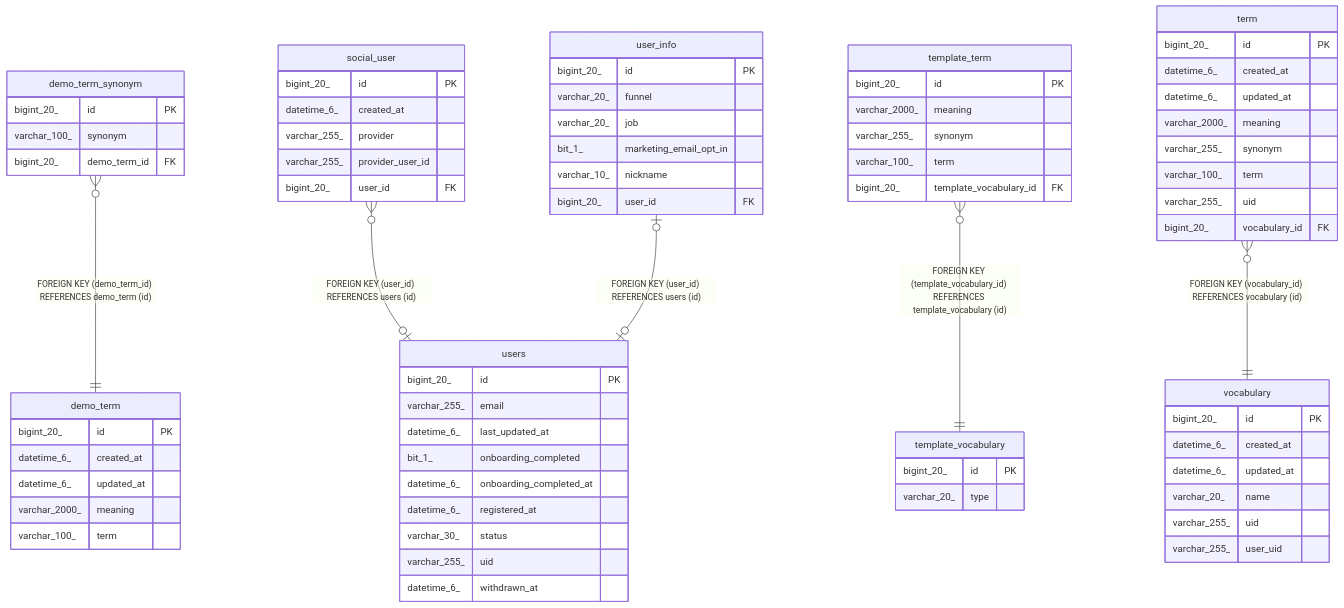
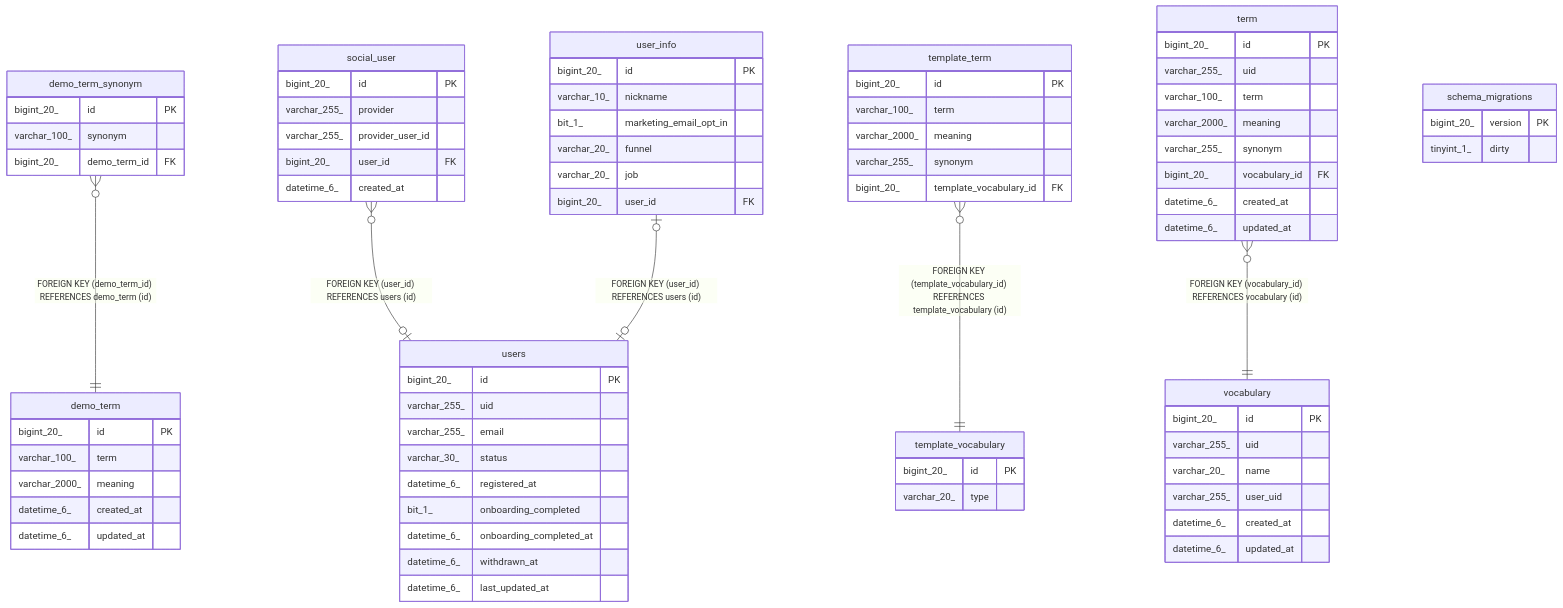
One commit to makevook/vook-server changed the diagram in docs/schema/README.md. Above: the diagram before and after it, drawn with Mermaid. The commit also changed other lines of this file and 11 other files, not shown here.

````diff
--- a/docs/schema/README.md
+++ b/docs/schema/README.md
@@ -19,77 +20,81 @@
 ```mermaid
 erDiagram
 
 "demo_term_synonym" }o--|| "demo_term" : "FOREIGN KEY (demo_term_id) REFERENCES demo_term (id)"
 "social_user" }o--o| "users" : "FOREIGN KEY (user_id) REFERENCES users (id)"
 "template_term" }o--|| "template_vocabulary" : "FOREIGN KEY (template_vocabulary_id) REFERENCES template_vocabulary (id)"
 "term" }o--|| "vocabulary" : "FOREIGN KEY (vocabulary_id) REFERENCES vocabulary (id)"
 "user_info" |o--o| "users" : "FOREIGN KEY (user_id) REFERENCES users (id)"
 
 "demo_term" {
   bigint_20_ id PK
+  varchar_100_ term
+  varchar_2000_ meaning
   datetime_6_ created_at
   datetime_6_ updated_at
-  varchar_2000_ meaning
-  varchar_100_ term
 }
 "demo_term_synonym" {
   bigint_20_ id PK
   varchar_100_ synonym
   bigint_20_ demo_term_id FK
 }
+"schema_migrations" {
+  bigint_20_ version PK
+  tinyint_1_ dirty
+}
 "social_user" {
   bigint_20_ id PK
-  datetime_6_ created_at
   varchar_255_ provider
   varchar_255_ provider_user_id
   bigint_20_ user_id FK
+  datetime_6_ created_at
 }
 "template_term" {
   bigint_20_ id PK
+  varchar_100_ term
   varchar_2000_ meaning
   varchar_255_ synonym
-  varchar_100_ term
   bigint_20_ template_vocabulary_id FK
 }
 "template_vocabulary" {
   bigint_20_ id PK
   varchar_20_ type
 }
 "term" {
   bigint_20_ id PK
+  varchar_255_ uid
+  varchar_100_ term
+  varchar_2000_ meaning
+  varchar_255_ synonym
+  bigint_20_ vocabulary_id FK
   datetime_6_ created_at
   datetime_6_ updated_at
-  varchar_2000_ meaning
-  varchar_255_ synonym
-  varchar_100_ term
-  varchar_255_ uid
-  bigint_20_ vocabulary_id FK
 }
 "users" {
   bigint_20_ id PK
+  varchar_255_ uid
   varchar_255_ email
-  datetime_6_ last_updated_at
+  varchar_30_ status
+  datetime_6_ registered_at
   bit_1_ onboarding_completed
   datetime_6_ onboarding_completed_at
-  datetime_6_ registered_at
-  varchar_30_ status
-  varchar_255_ uid
   datetime_6_ withdrawn_at
+  datetime_6_ last_updated_at
 }
 "user_info" {
   bigint_20_ id PK
+  varchar_10_ nickname
+  bit_1_ marketing_email_opt_in
   varchar_20_ funnel
   varchar_20_ job
-  bit_1_ marketing_email_opt_in
-  varchar_10_ nickname
   bigint_20_ user_id FK
 }
 "vocabulary" {
   bigint_20_ id PK
+  varchar_255_ uid
+  varchar_20_ name
+  varchar_255_ user_uid
   datetime_6_ created_at
   datetime_6_ updated_at
-  varchar_20_ name
-  varchar_255_ uid
-  varchar_255_ user_uid
 }
 ```
````
